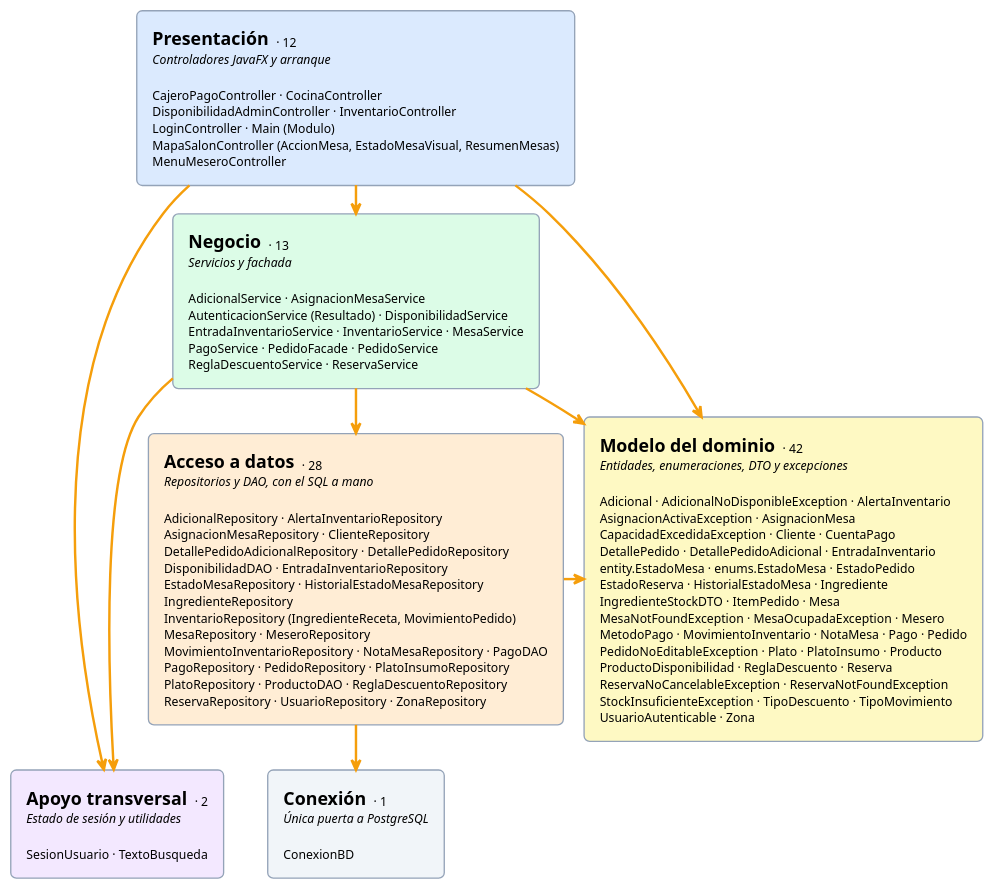
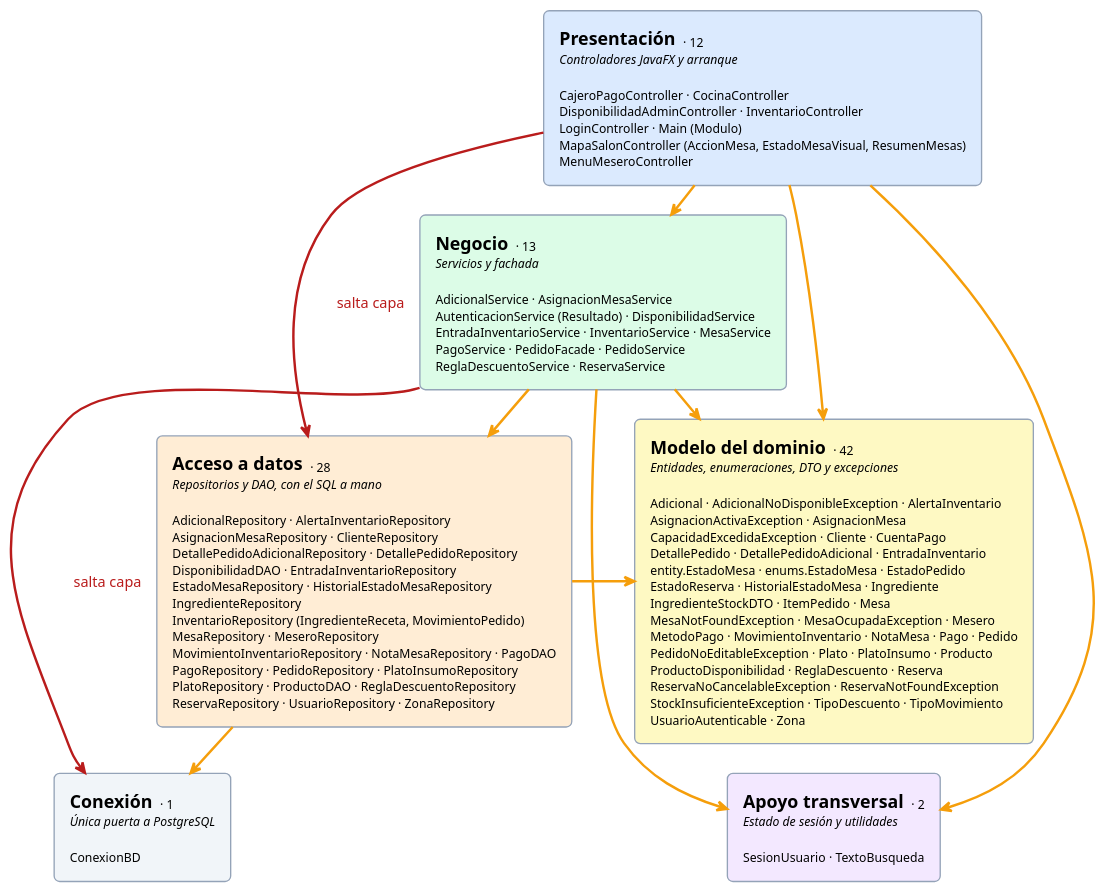
The diagram in docs/diagramas-fuente/DiagramaClases_Mapa.puml (puj-course/FIS_2630_1204_G2), drawn with PlantUML before and after one commit. The commit also changed 7 other files, not shown here.

```diff
--- a/docs/diagramas-fuente/DiagramaClases_Mapa.puml
+++ b/docs/diagramas-fuente/DiagramaClases_Mapa.puml
@@ -1,29 +1,31 @@
 @startuml
 skinparam backgroundColor #FFFFFF
 skinparam shadowing false
 skinparam defaultFontName Helvetica
 skinparam roundCorner 10
 skinparam nodesep 18
 skinparam ranksep 26
 skinparam ArrowColor #F59E0B
 skinparam ArrowThickness 2.2
 skinparam RectangleBorderColor #94A3B8
 skinparam RectangleFontSize 13
 skinparam RectangleBorderThickness 1.2
 skinparam padding 4
 rectangle "<size:16><b>Presentación</b></size>  <size:11>· 12</size>\n<size:11><i>Controladores JavaFX y arranque</i></size>\n\n<size:11>CajeroPagoController · CocinaController</size>\n<size:11>DisponibilidadAdminController · InventarioController</size>\n<size:11>LoginController · Main (Modulo)</size>\n<size:11>MapaSalonController (AccionMesa, EstadoMesaVisual, ResumenMesas)</size>\n<size:11>MenuMeseroController</size>" as presentacion #DBEAFE
 rectangle "<size:16><b>Negocio</b></size>  <size:11>· 13</size>\n<size:11><i>Servicios y fachada</i></size>\n\n<size:11>AdicionalService · AsignacionMesaService</size>\n<size:11>AutenticacionService (Resultado) · DisponibilidadService</size>\n<size:11>EntradaInventarioService · InventarioService · MesaService</size>\n<size:11>PagoService · PedidoFacade · PedidoService</size>\n<size:11>ReglaDescuentoService · ReservaService</size>" as negocio #DCFCE7
 rectangle "<size:16><b>Acceso a datos</b></size>  <size:11>· 28</size>\n<size:11><i>Repositorios y DAO, con el SQL a mano</i></size>\n\n<size:11>AdicionalRepository · AlertaInventarioRepository</size>\n<size:11>AsignacionMesaRepository · ClienteRepository</size>\n<size:11>DetallePedidoAdicionalRepository · DetallePedidoRepository</size>\n<size:11>DisponibilidadDAO · EntradaInventarioRepository</size>\n<size:11>EstadoMesaRepository · HistorialEstadoMesaRepository</size>\n<size:11>IngredienteRepository</size>\n<size:11>InventarioRepository (IngredienteReceta, MovimientoPedido)</size>\n<size:11>MesaRepository · MeseroRepository</size>\n<size:11>MovimientoInventarioRepository · NotaMesaRepository · PagoDAO</size>\n<size:11>PagoRepository · PedidoRepository · PlatoInsumoRepository</size>\n<size:11>PlatoRepository · ProductoDAO · ReglaDescuentoRepository</size>\n<size:11>ReservaRepository · UsuarioRepository · ZonaRepository</size>" as datos #FFEDD5
 rectangle "<size:16><b>Conexión</b></size>  <size:11>· 1</size>\n<size:11><i>Única puerta a PostgreSQL</i></size>\n\n<size:11>ConexionBD</size>" as conexion #F1F5F9
 rectangle "<size:16><b>Modelo del dominio</b></size>  <size:11>· 42</size>\n<size:11><i>Entidades, enumeraciones, DTO y excepciones</i></size>\n\n<size:11>Adicional · AdicionalNoDisponibleException · AlertaInventario</size>\n<size:11>AsignacionActivaException · AsignacionMesa</size>\n<size:11>CapacidadExcedidaException · Cliente · CuentaPago</size>\n<size:11>DetallePedido · DetallePedidoAdicional · EntradaInventario</size>\n<size:11>entity.EstadoMesa · enums.EstadoMesa · EstadoPedido</size>\n<size:11>EstadoReserva · HistorialEstadoMesa · Ingrediente</size>\n<size:11>IngredienteStockDTO · ItemPedido · Mesa</size>\n<size:11>MesaNotFoundException · MesaOcupadaException · Mesero</size>\n<size:11>MetodoPago · MovimientoInventario · NotaMesa · Pago · Pedido</size>\n<size:11>PedidoNoEditableException · Plato · PlatoInsumo · Producto</size>\n<size:11>ProductoDisponibilidad · ReglaDescuento · Reserva</size>\n<size:11>ReservaNoCancelableException · ReservaNotFoundException</size>\n<size:11>StockInsuficienteException · TipoDescuento · TipoMovimiento</size>\n<size:11>UsuarioAutenticable · Zona</size>" as modelo #FEF9C3
 rectangle "<size:16><b>Apoyo transversal</b></size>  <size:11>· 2</size>\n<size:11><i>Estado de sesión y utilidades</i></size>\n\n<size:11>SesionUsuario · TextoBusqueda</size>" as apoyo #F3E8FF
+modelo -[hidden]down- apoyo
+datos -right-> modelo
+negocio -right-> modelo
+negocio -down-> datos
+presentacion -right-> modelo
+datos -down-> conexion
+presentacion -[#B91C1C]right-> datos : <color:#B91C1C>salta capa
+presentacion -right-> apoyo
 presentacion -down-> negocio
-negocio -down-> datos
-datos -down-> conexion
-modelo -[hidden]down- apoyo
-presentacion -right-> apoyo
+negocio -[#B91C1C]right-> conexion : <color:#B91C1C>salta capa
 negocio -right-> apoyo
-presentacion -right-> modelo
-negocio -right-> modelo
-datos -right-> modelo
 @enduml
```
